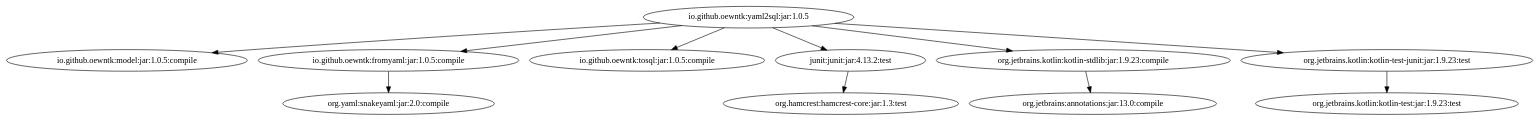
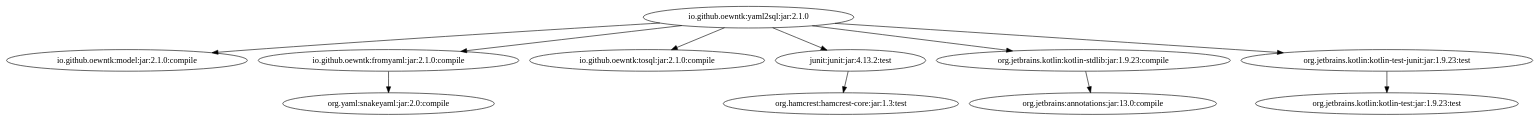
One commit to oewntk/grind_yaml2sql changed the diagram in images/grind-yaml2sql.dot. Above: the diagram before and after it, drawn with Graphviz. The commit also changed 5 other files, not shown here.

```diff
--- a/images/grind-yaml2sql.dot
+++ b/images/grind-yaml2sql.dot
@@ -1,12 +1,12 @@
-digraph "io.github.oewntk:yaml2sql:jar:1.0.5" { 
-	"io.github.oewntk:yaml2sql:jar:1.0.5" -> "io.github.oewntk:model:jar:1.0.5:compile" ; 
-	"io.github.oewntk:yaml2sql:jar:1.0.5" -> "io.github.oewntk:fromyaml:jar:1.0.5:compile" ; 
-	"io.github.oewntk:yaml2sql:jar:1.0.5" -> "io.github.oewntk:tosql:jar:1.0.5:compile" ; 
-	"io.github.oewntk:yaml2sql:jar:1.0.5" -> "junit:junit:jar:4.13.2:test" ; 
-	"io.github.oewntk:yaml2sql:jar:1.0.5" -> "org.jetbrains.kotlin:kotlin-stdlib:jar:1.9.23:compile" ; 
-	"io.github.oewntk:yaml2sql:jar:1.0.5" -> "org.jetbrains.kotlin:kotlin-test-junit:jar:1.9.23:test" ; 
-	"io.github.oewntk:fromyaml:jar:1.0.5:compile" -> "org.yaml:snakeyaml:jar:2.0:compile" ; 
+digraph "io.github.oewntk:yaml2sql:jar:2.1.0" { 
+	"io.github.oewntk:yaml2sql:jar:2.1.0" -> "io.github.oewntk:model:jar:2.1.0:compile" ; 
+	"io.github.oewntk:yaml2sql:jar:2.1.0" -> "io.github.oewntk:fromyaml:jar:2.1.0:compile" ; 
+	"io.github.oewntk:yaml2sql:jar:2.1.0" -> "io.github.oewntk:tosql:jar:2.1.0:compile" ; 
+	"io.github.oewntk:yaml2sql:jar:2.1.0" -> "junit:junit:jar:4.13.2:test" ; 
+	"io.github.oewntk:yaml2sql:jar:2.1.0" -> "org.jetbrains.kotlin:kotlin-stdlib:jar:1.9.23:compile" ; 
+	"io.github.oewntk:yaml2sql:jar:2.1.0" -> "org.jetbrains.kotlin:kotlin-test-junit:jar:1.9.23:test" ; 
+	"io.github.oewntk:fromyaml:jar:2.1.0:compile" -> "org.yaml:snakeyaml:jar:2.0:compile" ; 
 	"junit:junit:jar:4.13.2:test" -> "org.hamcrest:hamcrest-core:jar:1.3:test" ; 
 	"org.jetbrains.kotlin:kotlin-stdlib:jar:1.9.23:compile" -> "org.jetbrains:annotations:jar:13.0:compile" ; 
 	"org.jetbrains.kotlin:kotlin-test-junit:jar:1.9.23:test" -> "org.jetbrains.kotlin:kotlin-test:jar:1.9.23:test" ; 
  } 
```
